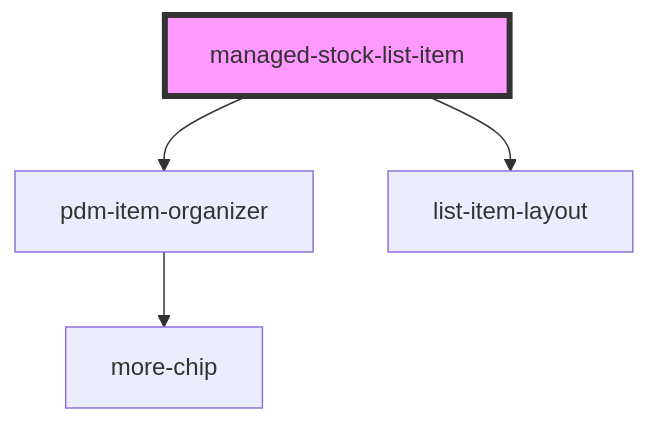
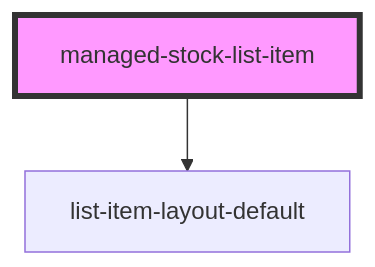
Before and after one commit to PharmaLedger-IMI/fgt-workspace: the diagram in pdm-web-components/src/components/managed-stock-list-item/readme.md, drawn with Mermaid. The commit also changed other lines of this file and 1 other file, not shown here.

````diff
--- a/pdm-web-components/src/components/managed-stock-list-item/readme.md
+++ b/pdm-web-components/src/components/managed-stock-list-item/readme.md
@@ -45,7 +45,5 @@
 ```mermaid
 graph TD;
-  managed-stock-list-item --> pdm-item-organizer
-  managed-stock-list-item --> list-item-layout
-  pdm-item-organizer --> more-chip
+  managed-stock-list-item --> list-item-layout-default
   style managed-stock-list-item fill:#f9f,stroke:#333,stroke-width:4px
 ```
````
